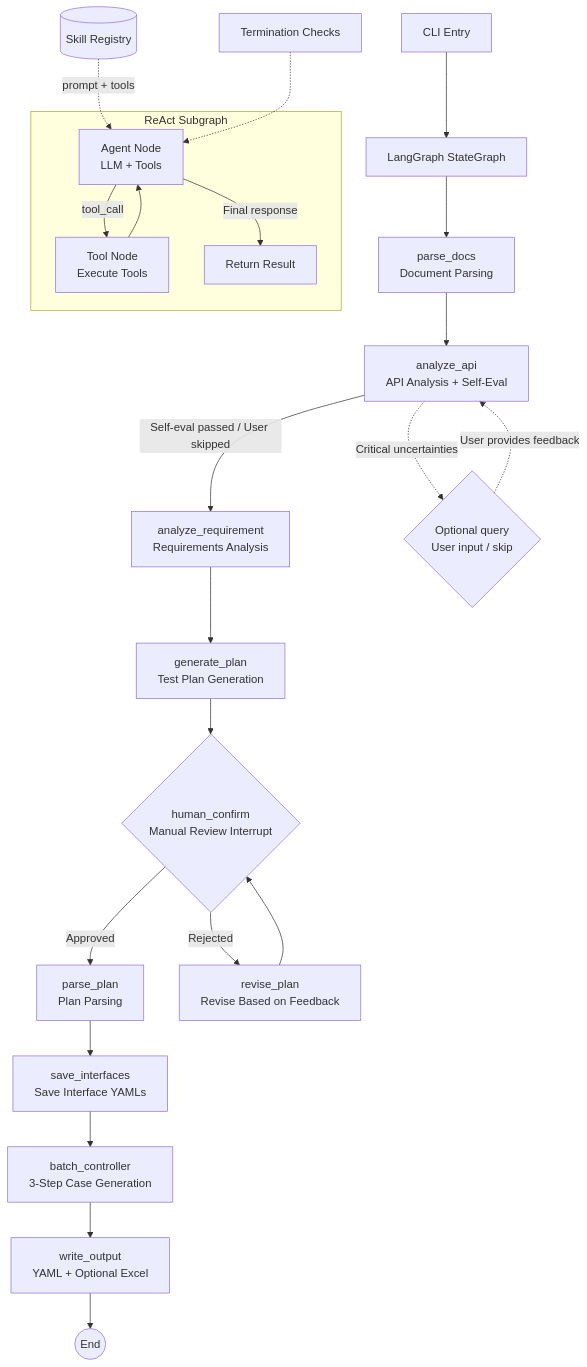
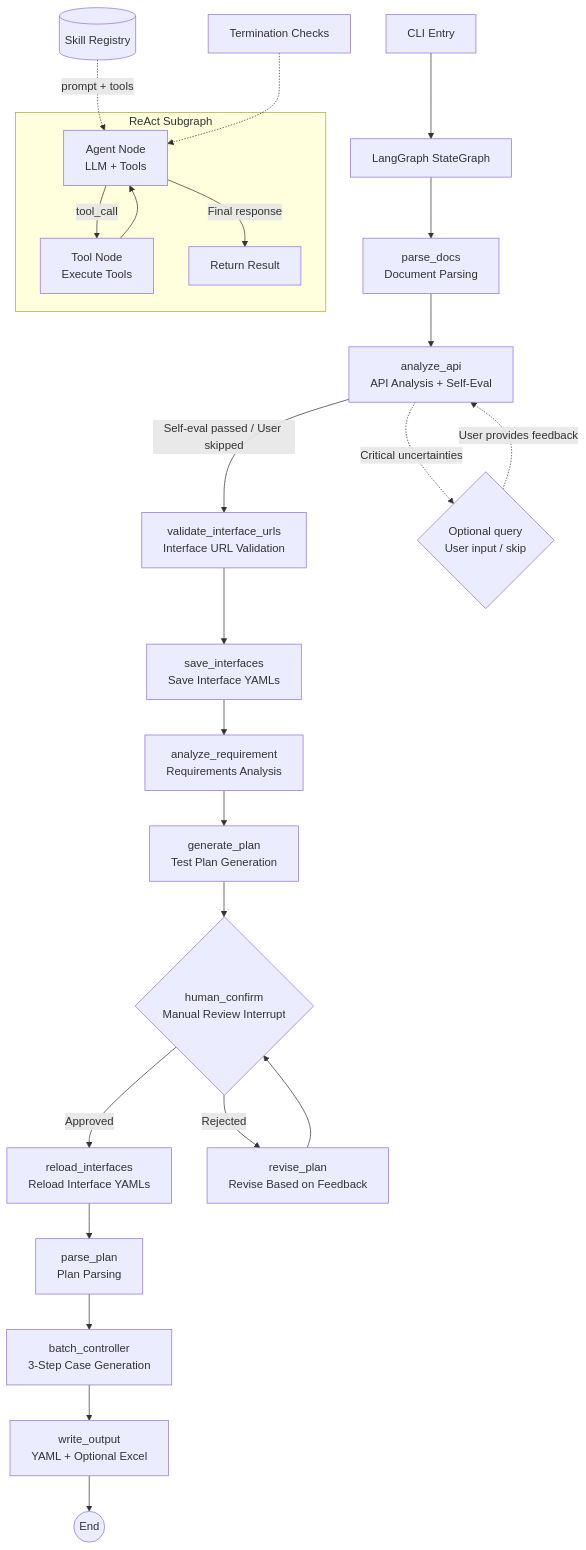
One commit to Remon-16/flow-forge changed the diagram in agent/README.en.md. Above: the diagram before and after it, drawn with Mermaid. The commit also changed other lines of this file and 20 other files, not shown here.

````diff
--- a/agent/README.en.md
+++ b/agent/README.en.md
@@ -9,27 +9,29 @@
 ```mermaid
 graph TD
     CLI[CLI Entry] --> GRAPH[LangGraph StateGraph]
     GRAPH --> PARSE[parse_docs<br/>Document Parsing]
     PARSE --> ANALYZE_API[analyze_api<br/>API Analysis + Self-Eval]
-    ANALYZE_API -->|Self-eval passed / User skipped| ANALYZE_REQ[analyze_requirement<br/>Requirements Analysis]
+    ANALYZE_API -->|Self-eval passed / User skipped| VALIDATE_URLS[validate_interface_urls<br/>Interface URL Validation]
     ANALYZE_API -.->|Critical uncertainties| API_ASK{Optional query<br/>User input / skip}
     API_ASK -.->|User provides feedback| ANALYZE_API
+    VALIDATE_URLS --> SAVE_IFACES[save_interfaces<br/>Save Interface YAMLs]
+    SAVE_IFACES --> ANALYZE_REQ[analyze_requirement<br/>Requirements Analysis]
     ANALYZE_REQ --> GEN_PLAN[generate_plan<br/>Test Plan Generation]
     GEN_PLAN --> CONFIRM{human_confirm<br/>Manual Review Interrupt}
-    CONFIRM -->|Approved| PARSE_PLAN[parse_plan<br/>Plan Parsing]
+    CONFIRM -->|Approved| RELOAD_IFACES[reload_interfaces<br/>Reload Interface YAMLs]
     CONFIRM -->|Rejected| REVISE[revise_plan<br/>Revise Based on Feedback]
     REVISE --> CONFIRM
-    PARSE_PLAN --> SAVE_IFACES[save_interfaces<br/>Save Interface YAMLs]
-    SAVE_IFACES --> BATCH[batch_controller<br/>3-Step Case Generation]
+    RELOAD_IFACES --> PARSE_PLAN[parse_plan<br/>Plan Parsing]
+    PARSE_PLAN --> BATCH[batch_controller<br/>3-Step Case Generation]
     BATCH --> WRITE[write_output<br/>YAML + Optional Excel]
     WRITE --> END((End))
 
     subgraph ReAct Subgraph
         AGENT[Agent Node<br/>LLM + Tools] -->|tool_call| TOOLS[Tool Node<br/>Execute Tools]
         TOOLS --> AGENT
         AGENT -->|Final response| DONE[Return Result]
     end
 
     SKILLS[(Skill Registry)] -.->|prompt + tools| AGENT
     TERM[Termination Checks] -.-> AGENT
 ```
````
